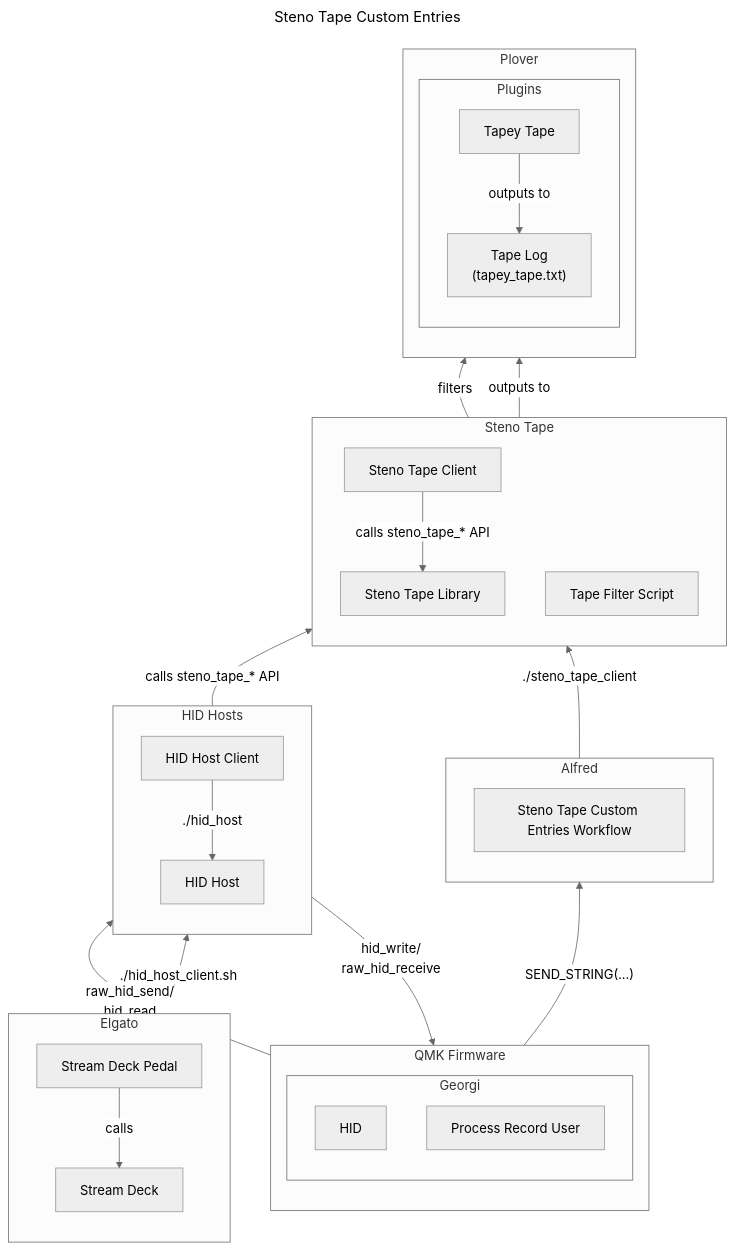
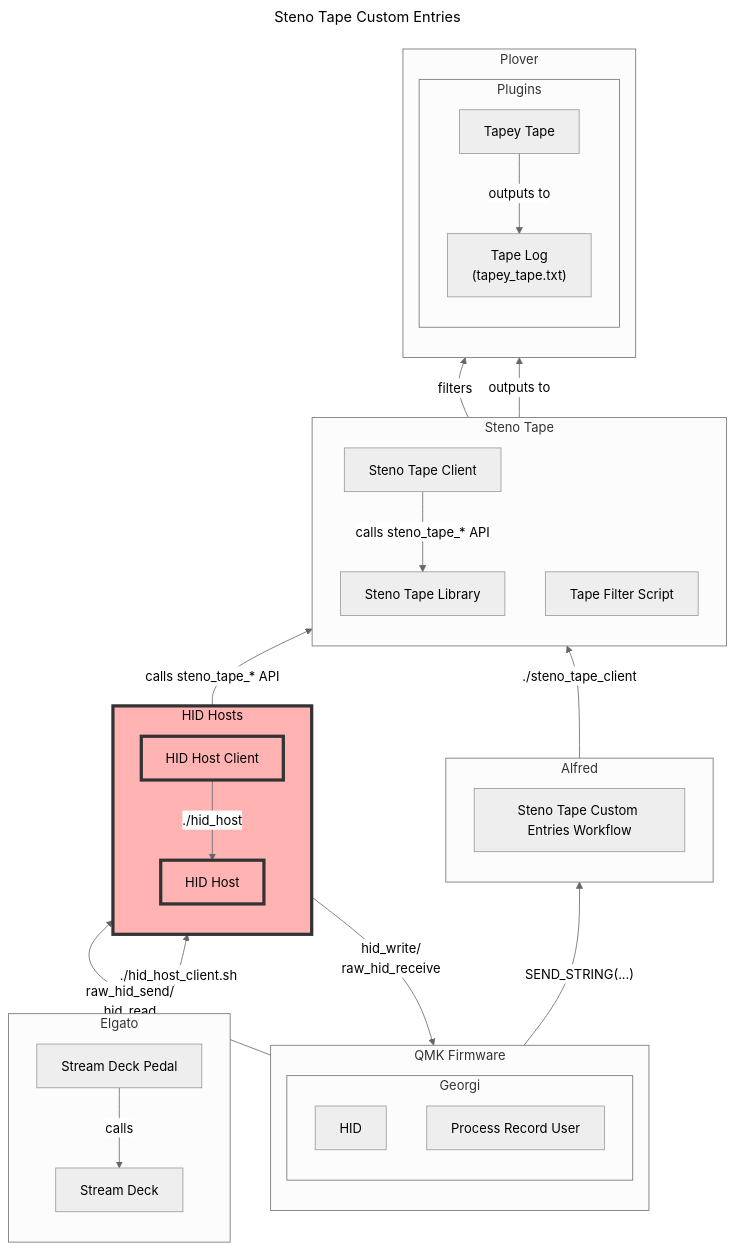
The diagram in README.md (paulfioravanti/hid_hosts), drawn with Mermaid (neutral theme) before and after one commit.

Commit message:
Add current component color to diagram

```diff
--- a/README.md
+++ b/README.md
@@ -120,6 +120,8 @@
   TapeLogFile["Tape Log\n(tapey_tape.txt)"]
   TapeFilterScript["Tape Filter Script"]
 
+  classDef current fill:#ffb3b3, stroke:#333, stroke-width:4px, color:black
+
   subgraph Alfred
     direction TB
     StenoTapeCustomEntriesWorkflow
@@ -133,9 +135,10 @@
 
   subgraph HIDHosts["HID Hosts"]
     direction TB
-    HIDHost
-    HIDHostClient
+    HIDHost:::current
+    HIDHostClient:::current
   end
+  class HIDHosts current
 
   subgraph QMKFirmware["QMK Firmware"]
     direction TB
```
